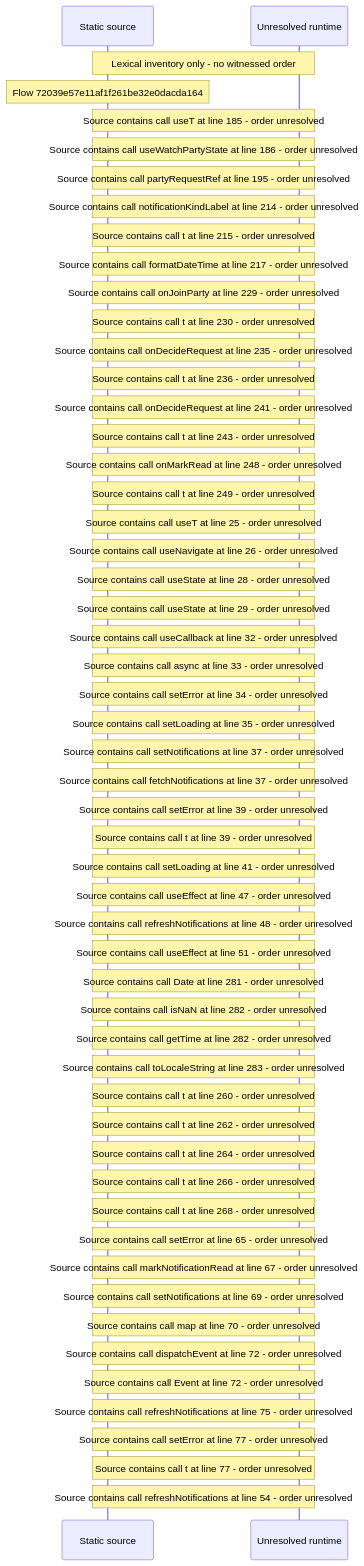
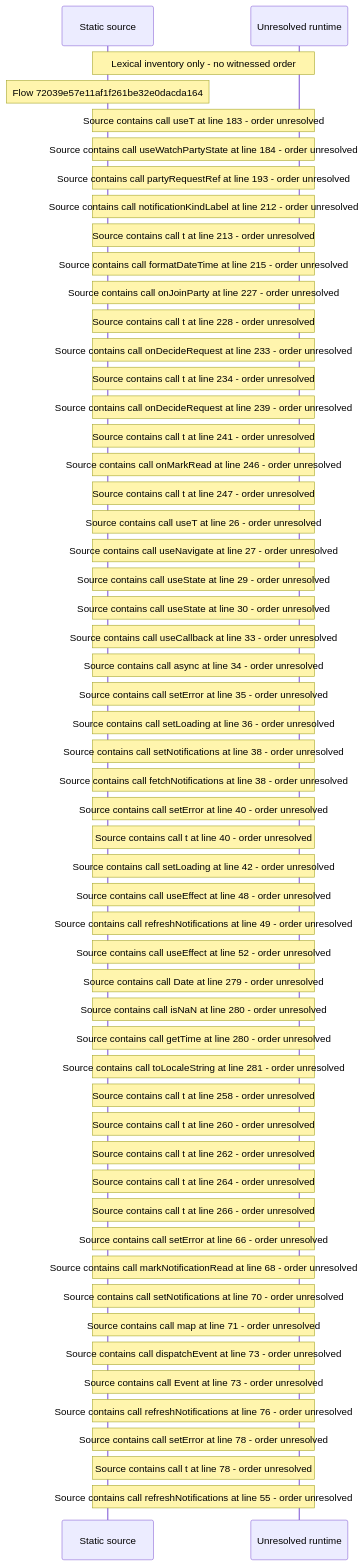
One commit to beamfall/core changed the diagram in docs/web/flows/generated/72039e57e11af1f261be32e0dacda164/flow-diagram.md. Above: the diagram before and after it, drawn with Mermaid. The commit also changed other lines of this file and 715 other files, not shown here.

Commit message:
Regenerate the web flow record on the landing stack head (CORE-1762)

````diff
--- a/docs/web/flows/generated/72039e57e11af1f261be32e0dacda164/flow-diagram.md
+++ b/docs/web/flows/generated/72039e57e11af1f261be32e0dacda164/flow-diagram.md
@@ -10,56 +10,56 @@
 ```mermaid
 sequenceDiagram
     participant S as Static source
     participant U as Unresolved runtime
     Note over S,U: Lexical inventory only - no witnessed order
     Note over S: Flow 72039e57e11af1f261be32e0dacda164
-    Note over S,U: Source contains call useT at line 185 - order unresolved
-    Note over S,U: Source contains call useWatchPartyState at line 186 - order unresolved
-    Note over S,U: Source contains call partyRequestRef at line 195 - order unresolved
-    Note over S,U: Source contains call notificationKindLabel at line 214 - order unresolved
-    Note over S,U: Source contains call t at line 215 - order unresolved
-    Note over S,U: Source contains call formatDateTime at line 217 - order unresolved
-    Note over S,U: Source contains call onJoinParty at line 229 - order unresolved
-    Note over S,U: Source contains call t at line 230 - order unresolved
-    Note over S,U: Source contains call onDecideRequest at line 235 - order unresolved
-    Note over S,U: Source contains call t at line 236 - order unresolved
-    Note over S,U: Source contains call onDecideRequest at line 241 - order unresolved
-    Note over S,U: Source contains call t at line 243 - order unresolved
-    Note over S,U: Source contains call onMarkRead at line 248 - order unresolved
-    Note over S,U: Source contains call t at line 249 - order unresolved
-    Note over S,U: Source contains call useT at line 25 - order unresolved
-    Note over S,U: Source contains call useNavigate at line 26 - order unresolved
-    Note over S,U: Source contains call useState at line 28 - order unresolved
+    Note over S,U: Source contains call useT at line 183 - order unresolved
+    Note over S,U: Source contains call useWatchPartyState at line 184 - order unresolved
+    Note over S,U: Source contains call partyRequestRef at line 193 - order unresolved
+    Note over S,U: Source contains call notificationKindLabel at line 212 - order unresolved
+    Note over S,U: Source contains call t at line 213 - order unresolved
+    Note over S,U: Source contains call formatDateTime at line 215 - order unresolved
+    Note over S,U: Source contains call onJoinParty at line 227 - order unresolved
+    Note over S,U: Source contains call t at line 228 - order unresolved
+    Note over S,U: Source contains call onDecideRequest at line 233 - order unresolved
+    Note over S,U: Source contains call t at line 234 - order unresolved
+    Note over S,U: Source contains call onDecideRequest at line 239 - order unresolved
+    Note over S,U: Source contains call t at line 241 - order unresolved
+    Note over S,U: Source contains call onMarkRead at line 246 - order unresolved
+    Note over S,U: Source contains call t at line 247 - order unresolved
+    Note over S,U: Source contains call useT at line 26 - order unresolved
+    Note over S,U: Source contains call useNavigate at line 27 - order unresolved
     Note over S,U: Source contains call useState at line 29 - order unresolved
-    Note over S,U: Source contains call useCallback at line 32 - order unresolved
-    Note over S,U: Source contains call async at line 33 - order unresolved
-    Note over S,U: Source contains call setError at line 34 - order unresolved
-    Note over S,U: Source contains call setLoading at line 35 - order unresolved
-    Note over S,U: Source contains call setNotifications at line 37 - order unresolved
-    Note over S,U: Source contains call fetchNotifications at line 37 - order unresolved
-    Note over S,U: Source contains call setError at line 39 - order unresolved
-    Note over S,U: Source contains call t at line 39 - order unresolved
-    Note over S,U: Source contains call setLoading at line 41 - order unresolved
-    Note over S,U: Source contains call useEffect at line 47 - order unresolved
-    Note over S,U: Source contains call refreshNotifications at line 48 - order unresolved
-    Note over S,U: Source contains call useEffect at line 51 - order unresolved
-    Note over S,U: Source contains call Date at line 281 - order unresolved
-    Note over S,U: Source contains call isNaN at line 282 - order unresolved
-    Note over S,U: Source contains call getTime at line 282 - order unresolved
-    Note over S,U: Source contains call toLocaleString at line 283 - order unresolved
+    Note over S,U: Source contains call useState at line 30 - order unresolved
+    Note over S,U: Source contains call useCallback at line 33 - order unresolved
+    Note over S,U: Source contains call async at line 34 - order unresolved
+    Note over S,U: Source contains call setError at line 35 - order unresolved
+    Note over S,U: Source contains call setLoading at line 36 - order unresolved
+    Note over S,U: Source contains call setNotifications at line 38 - order unresolved
+    Note over S,U: Source contains call fetchNotifications at line 38 - order unresolved
+    Note over S,U: Source contains call setError at line 40 - order unresolved
+    Note over S,U: Source contains call t at line 40 - order unresolved
+    Note over S,U: Source contains call setLoading at line 42 - order unresolved
+    Note over S,U: Source contains call useEffect at line 48 - order unresolved
+    Note over S,U: Source contains call refreshNotifications at line 49 - order unresolved
+    Note over S,U: Source contains call useEffect at line 52 - order unresolved
+    Note over S,U: Source contains call Date at line 279 - order unresolved
+    Note over S,U: Source contains call isNaN at line 280 - order unresolved
+    Note over S,U: Source contains call getTime at line 280 - order unresolved
+    Note over S,U: Source contains call toLocaleString at line 281 - order unresolved
+    Note over S,U: Source contains call t at line 258 - order unresolved
     Note over S,U: Source contains call t at line 260 - order unresolved
     Note over S,U: Source contains call t at line 262 - order unresolved
     Note over S,U: Source contains call t at line 264 - order unresolved
     Note over S,U: Source contains call t at line 266 - order unresolved
-    Note over S,U: Source contains call t at line 268 - order unresolved
-    Note over S,U: Source contains call setError at line 65 - order unresolved
-    Note over S,U: Source contains call markNotificationRead at line 67 - order unresolved
-    Note over S,U: Source contains call setNotifications at line 69 - order unresolved
-    Note over S,U: Source contains call map at line 70 - order unresolved
-    Note over S,U: Source contains call dispatchEvent at line 72 - order unresolved
-    Note over S,U: Source contains call Event at line 72 - order unresolved
-    Note over S,U: Source contains call refreshNotifications at line 75 - order unresolved
-    Note over S,U: Source contains call setError at line 77 - order unresolved
-    Note over S,U: Source contains call t at line 77 - order unresolved
-    Note over S,U: Source contains call refreshNotifications at line 54 - order unresolved
+    Note over S,U: Source contains call setError at line 66 - order unresolved
+    Note over S,U: Source contains call markNotificationRead at line 68 - order unresolved
+    Note over S,U: Source contains call setNotifications at line 70 - order unresolved
+    Note over S,U: Source contains call map at line 71 - order unresolved
+    Note over S,U: Source contains call dispatchEvent at line 73 - order unresolved
+    Note over S,U: Source contains call Event at line 73 - order unresolved
+    Note over S,U: Source contains call refreshNotifications at line 76 - order unresolved
+    Note over S,U: Source contains call setError at line 78 - order unresolved
+    Note over S,U: Source contains call t at line 78 - order unresolved
+    Note over S,U: Source contains call refreshNotifications at line 55 - order unresolved
 ```
````
